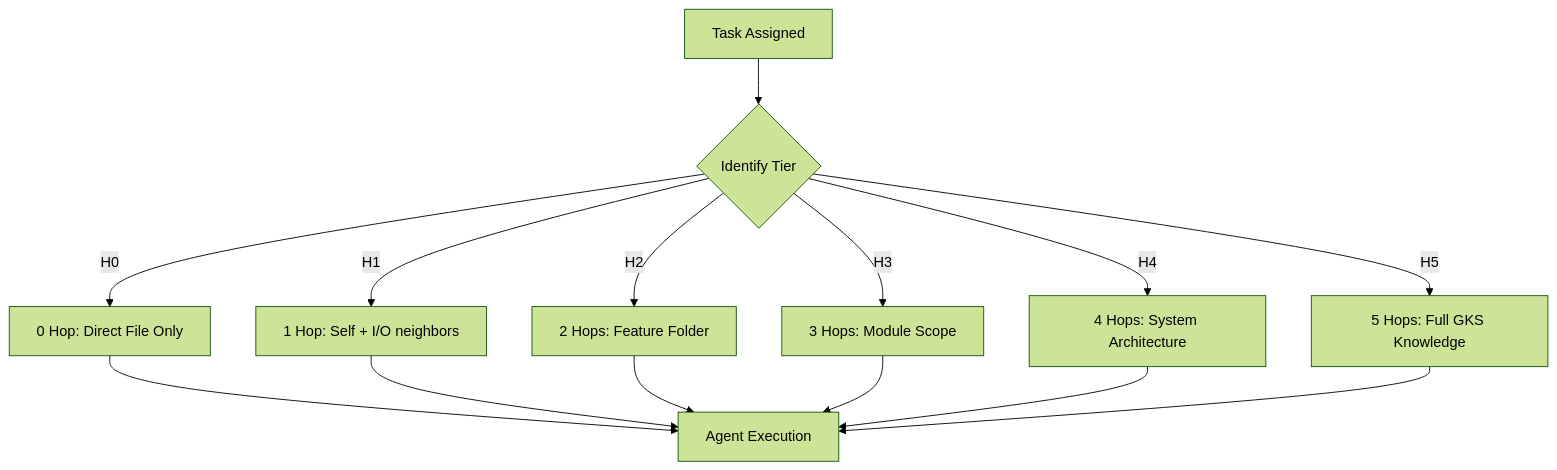
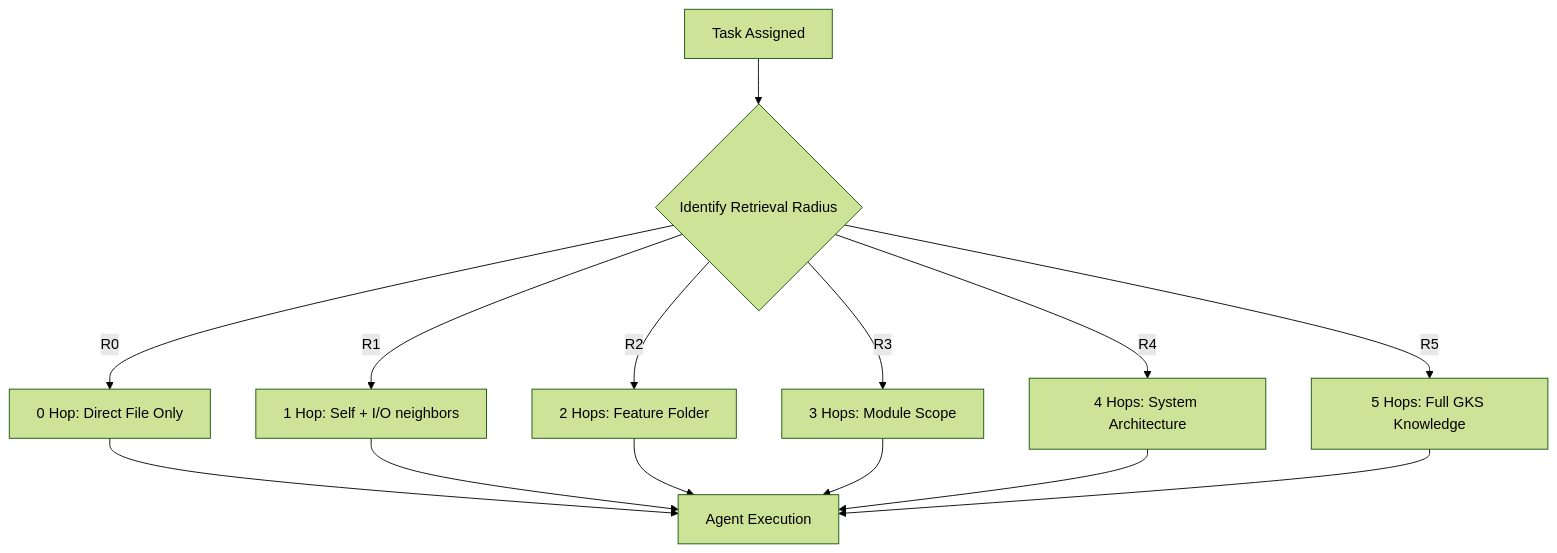
Before and after one commit to Freshair129/govibe: the first of 2 diagrams in docs/architecture/SDD-Genesis-Block.md, drawn with Mermaid (forest theme). The commit also changed other lines of this file and 49 other files, not shown here.

````diff
--- a/docs/architecture/SDD-Genesis-Block.md
+++ b/docs/architecture/SDD-Genesis-Block.md
@@ -33,17 +33,17 @@
 ```mermaid
 flowchart TD
-    T[Task Assigned] --> TIER{Identify Tier}
-    TIER -- H0 --> H0_L[0 Hop: Direct File Only]
-    TIER -- H1 --> H1_L[1 Hop: Self + I/O neighbors]
-    TIER -- H2 --> H2_L[2 Hops: Feature Folder]
-    TIER -- H3 --> H3_L[3 Hops: Module Scope]
-    TIER -- H4 --> H4_L[4 Hops: System Architecture]
-    TIER -- H5 --> H5_L[5 Hops: Full GKS Knowledge]
+    T[Task Assigned] --> TIER{Identify Retrieval Radius}
+    TIER -- R0 --> R0_L[0 Hop: Direct File Only]
+    TIER -- R1 --> R1_L[1 Hop: Self + I/O neighbors]
+    TIER -- R2 --> R2_L[2 Hops: Feature Folder]
+    TIER -- R3 --> R3_L[3 Hops: Module Scope]
+    TIER -- R4 --> R4_L[4 Hops: System Architecture]
+    TIER -- R5 --> R5_L[5 Hops: Full GKS Knowledge]
     
-    H0_L --> EXEC[Agent Execution]
-    H1_L --> EXEC
-    H2_L --> EXEC
-    H3_L --> EXEC
-    H4_L --> EXEC
-    H5_L --> EXEC
+    R0_L --> EXEC[Agent Execution]
+    R1_L --> EXEC
+    R2_L --> EXEC
+    R3_L --> EXEC
+    R4_L --> EXEC
+    R5_L --> EXEC
 ```
````
